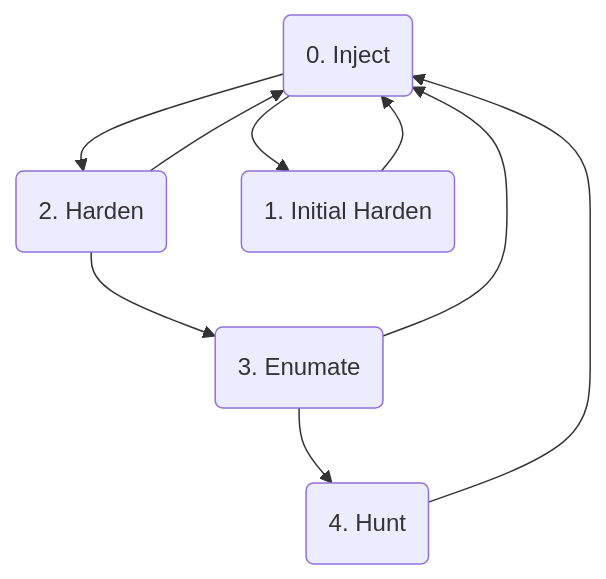
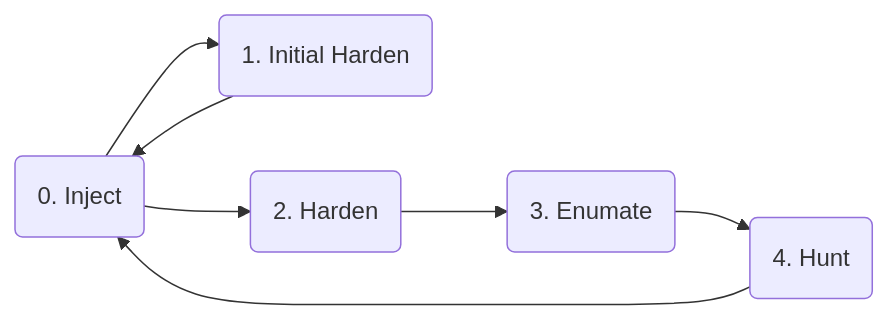
Before and after one commit to xnorkl/cyberdefenseclub: the second of 2 diagrams in playbook/README.md, drawn with Mermaid. The commit also changed other lines of this file, not shown here.

````diff
--- a/playbook/README.md
+++ b/playbook/README.md
@@ -44,13 +44,11 @@
  ```mermaid
-graph TD
+graph LR
 
+A(0. Inject) --> E(1. Initial Harden)
 A --> B(2. Harden)
 B --> C(3. Enumate)
 C --> D(4. Hunt)
-B --> A
-C --> A
+E --> A
 D --> A
-E --> A
-A(0. Inject) --> E(1. Initial Harden)
 
 ```
````
